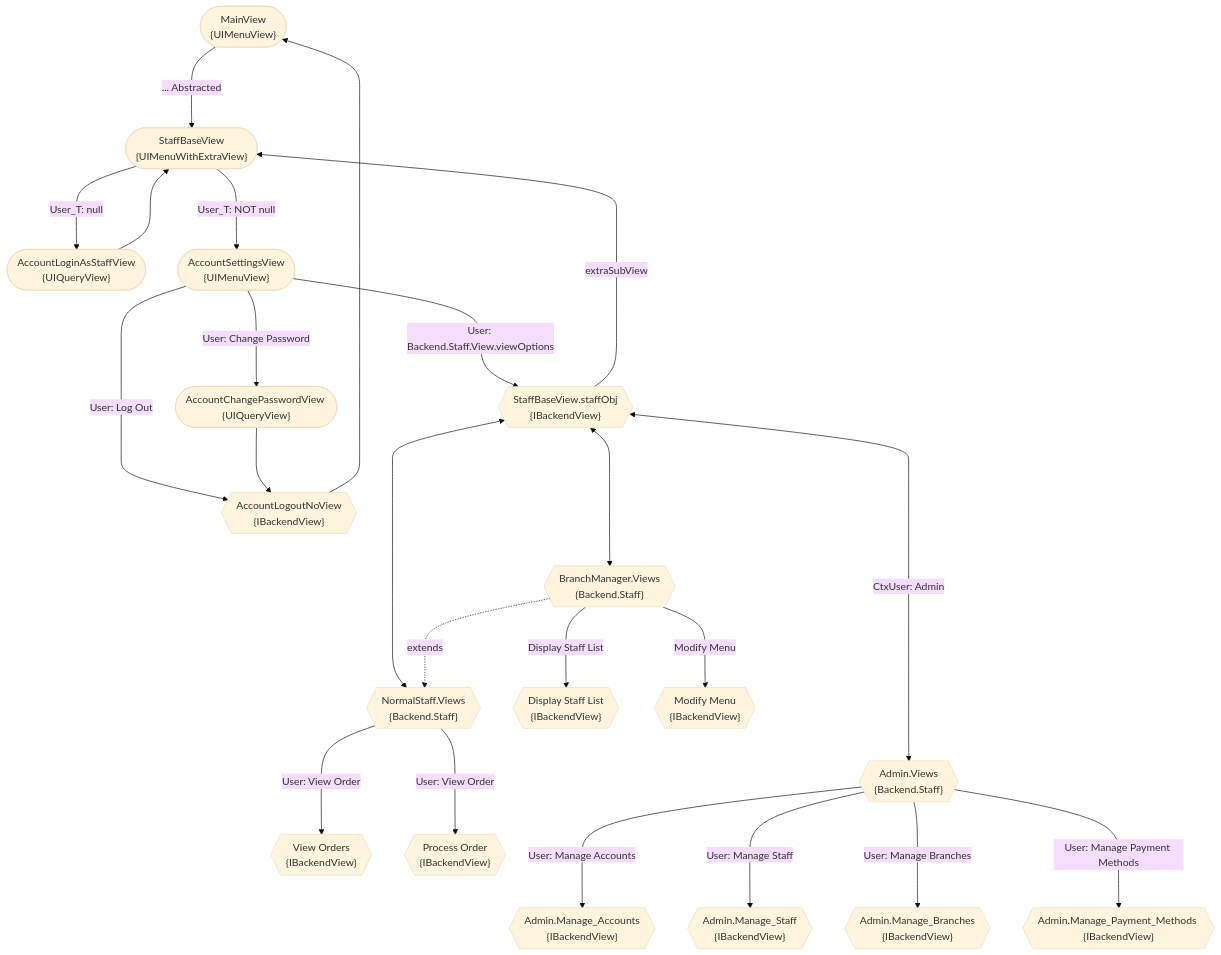
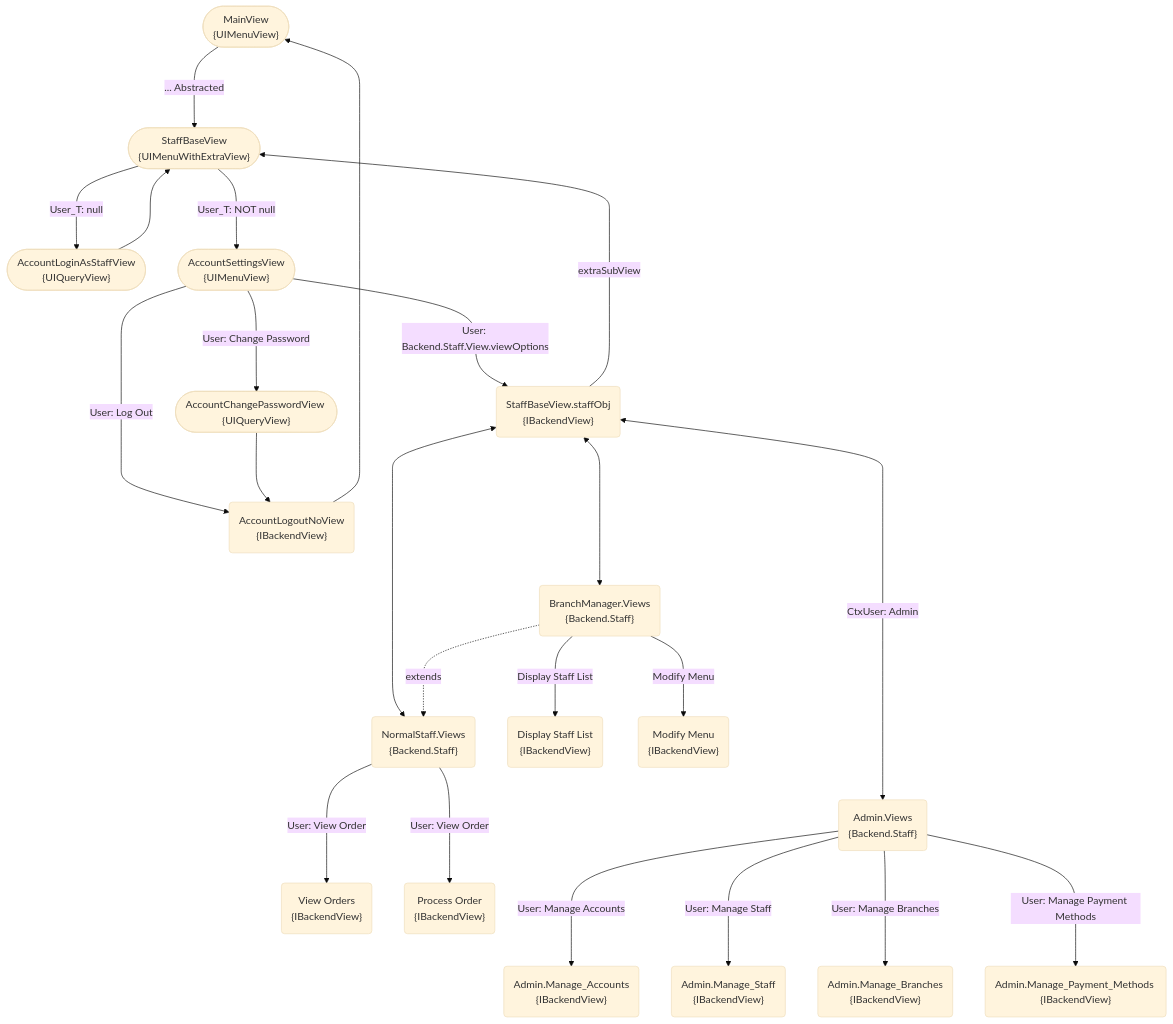
The third of 3 diagrams in docs/flow/README.md (scott-cjx/FOMS-2002-V2), drawn with Mermaid (base theme) before and after one commit. The commit also changed other lines of this file, not shown here.

````diff
--- a/docs/flow/README.md
+++ b/docs/flow/README.md
@@ -86,55 +86,55 @@
 ``` mermaid
 flowchart TD
 
 MainView(["MainView \n{UIMenuView}"])
 StaffBaseView(["StaffBaseView \n{UIMenuWithExtraView}"])
 AccountLoginAsStaffView(["AccountLoginAsStaffView \n{UIQueryView}"])
-StaffBaseView_staffObj{{"StaffBaseView.staffObj \n{IBackendView}"}}
+StaffBaseView_staffObj("StaffBaseView.staffObj \n{IBackendView}")
 AccountSettingsView(["AccountSettingsView \n{UIMenuView}"])
-AccountLogoutNoView{{"AccountLogoutNoView \n{IBackendView}"}}
+AccountLogoutNoView("AccountLogoutNoView \n{IBackendView}")
 AccountChangePasswordView(["AccountChangePasswordView \n{UIQueryView}"])
-Admin{{"Admin.Views \n{Backend.Staff}"}}
-NormalStaff{{"NormalStaff.Views \n{Backend.Staff}"}}
-BranchManager{{"BranchManager.Views \n{Backend.Staff}"}}
-AdminManageAccounts{{"Admin.Manage_Accounts \n{IBackendView}"}}
-AdminManageStaff{{"Admin.Manage_Staff \n{IBackendView}"}}
-AdminManageBranches{{"Admin.Manage_Branches \n{IBackendView}"}}
-AdminManagePaymentMethods{{"Admin.Manage_Payment_Methods \n{IBackendView}"}}
+Admin("Admin.Views \n{Backend.Staff}")
+NormalStaff("NormalStaff.Views \n{Backend.Staff}")
+BranchManager("BranchManager.Views \n{Backend.Staff}")
+AdminManageAccounts("Admin.Manage_Accounts \n{IBackendView}")
+AdminManageStaff("Admin.Manage_Staff \n{IBackendView}")
+AdminManageBranches("Admin.Manage_Branches \n{IBackendView}")
+AdminManagePaymentMethods("Admin.Manage_Payment_Methods \n{IBackendView}")
 
-BranchManagerDisplayStaffList{{"Display Staff List \n{IBackendView}"}}
-BranchManagerModifyMenu{{"Modify Menu \n{IBackendView}"}}
+BranchManagerDisplayStaffList("Display Staff List \n{IBackendView}")
+BranchManagerModifyMenu("Modify Menu \n{IBackendView}")
 
-NormalStaffViewOrders{{"View Orders \n{IBackendView}"}}
-NormalStaffProcessOrder{{"Process Order \n{IBackendView}"}}
+NormalStaffViewOrders("View Orders \n{IBackendView}")
+NormalStaffProcessOrder("Process Order \n{IBackendView}")
 
 MainView                    ---> | ... Abstracted | StaffBaseView
 StaffBaseView               ---> | User_T: NOT null | AccountSettingsView
 StaffBaseView               ---> | User_T: null | AccountLoginAsStaffView
 AccountLoginAsStaffView     --->  StaffBaseView
 StaffBaseView_staffObj      ---> | extraSubView | StaffBaseView
 AccountSettingsView         ----> | User: Log Out | AccountLogoutNoView
 AccountLogoutNoView         ---> MainView
 
 AccountSettingsView         ---> | User: Change Password | AccountChangePasswordView
 AccountChangePasswordView   ---> AccountLogoutNoView
 AccountSettingsView         ---> | User: Backend.Staff.View.viewOptions | StaffBaseView_staffObj
 
 StaffBaseView_staffObj      <-------> | CtxUser: Admin | Admin
 StaffBaseView_staffObj      <---> NormalStaff
 StaffBaseView_staffObj      <----> BranchManager
 
 Admin                       ---> | User: Manage Accounts | AdminManageAccounts
 Admin                       ---> | User: Manage Staff | AdminManageStaff
 Admin                       ---> | User: Manage Branches | AdminManageBranches
 Admin                       ---> | User: Manage Payment Methods | AdminManagePaymentMethods
 
 NormalStaff                 ---> | User: View Order | NormalStaffViewOrders
 NormalStaff                 ---> | User: View Order | NormalStaffProcessOrder
 
 BranchManager               -..-> | extends | NormalStaff
 
 BranchManager               ---> | Display Staff List | BranchManagerDisplayStaffList
 BranchManager               ---> | Modify Menu | BranchManagerModifyMenu
 
 
 ```
````
